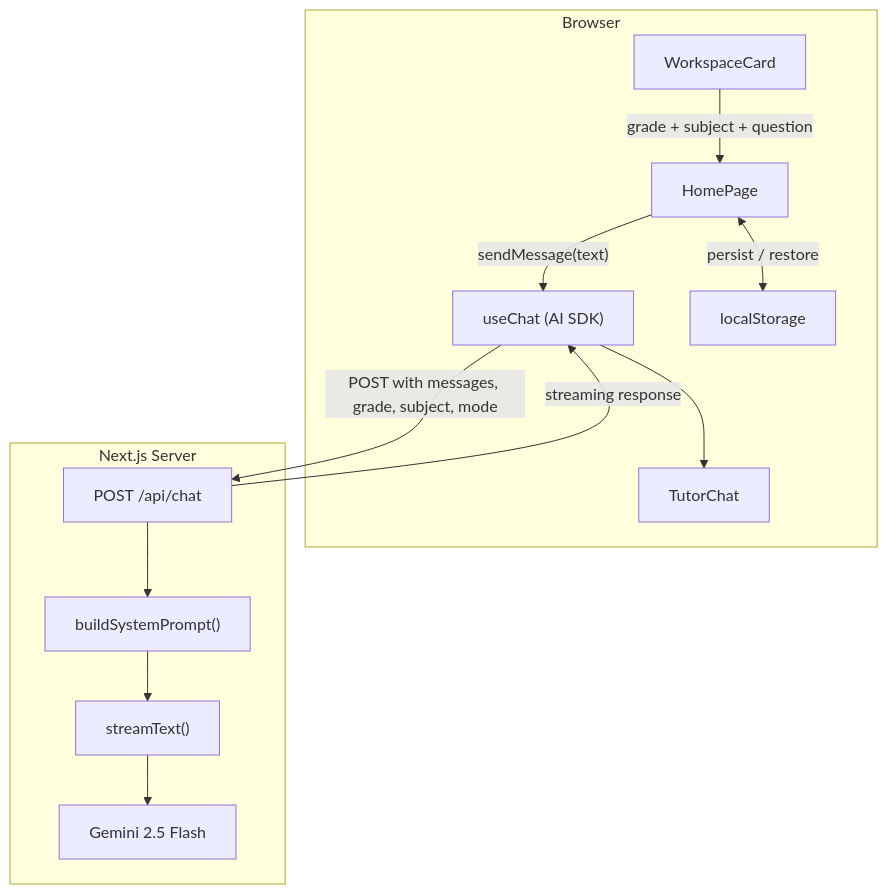
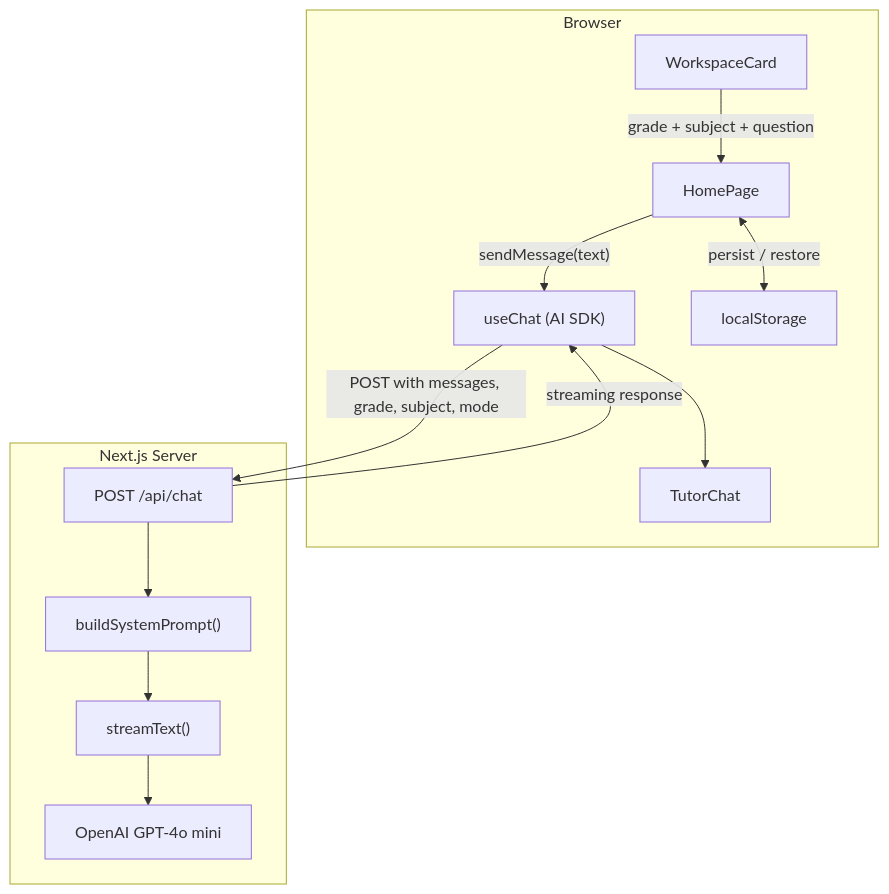
The diagram in ARCHITECTURE.md (skoropad/BrighterTeach), drawn with Mermaid before and after one commit. The commit also changed other lines of this file and 13 other files, not shown here.

````diff
--- a/ARCHITECTURE.md
+++ b/ARCHITECTURE.md
@@ -7,18 +7,18 @@
 ```mermaid
 flowchart TB
   subgraph client [Browser]
     WC[WorkspaceCard] -->|"grade + subject + question"| HP[HomePage]
     HP -->|"sendMessage(text)"| UC["useChat (AI SDK)"]
     UC --> TC[TutorChat]
     HP <-->|"persist / restore"| LS[localStorage]
   end
 
   subgraph server [Next.js Server]
     AR["POST /api/chat"] --> BSP["buildSystemPrompt()"]
     BSP --> ST["streamText()"]
-    ST --> GM["Gemini 2.5 Flash"]
+    ST --> GM["OpenAI GPT-4o mini"]
   end
 
   UC -->|"POST with messages, grade, subject, mode"| AR
   AR -->|"streaming response"| UC
 ```
````
